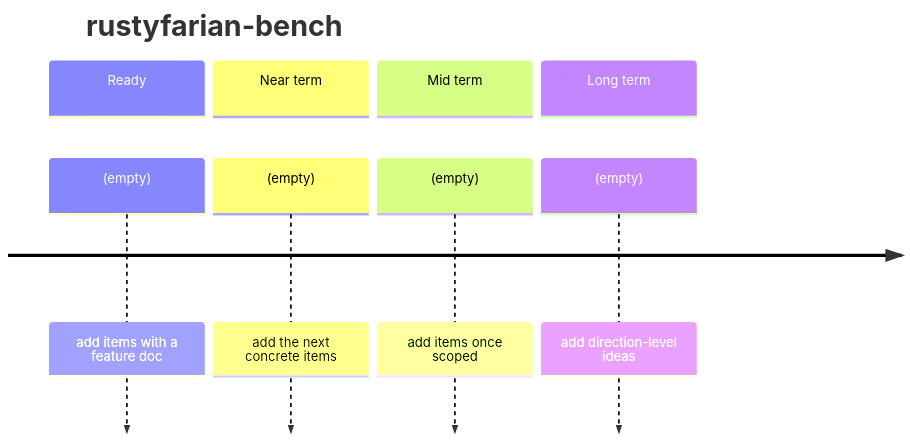
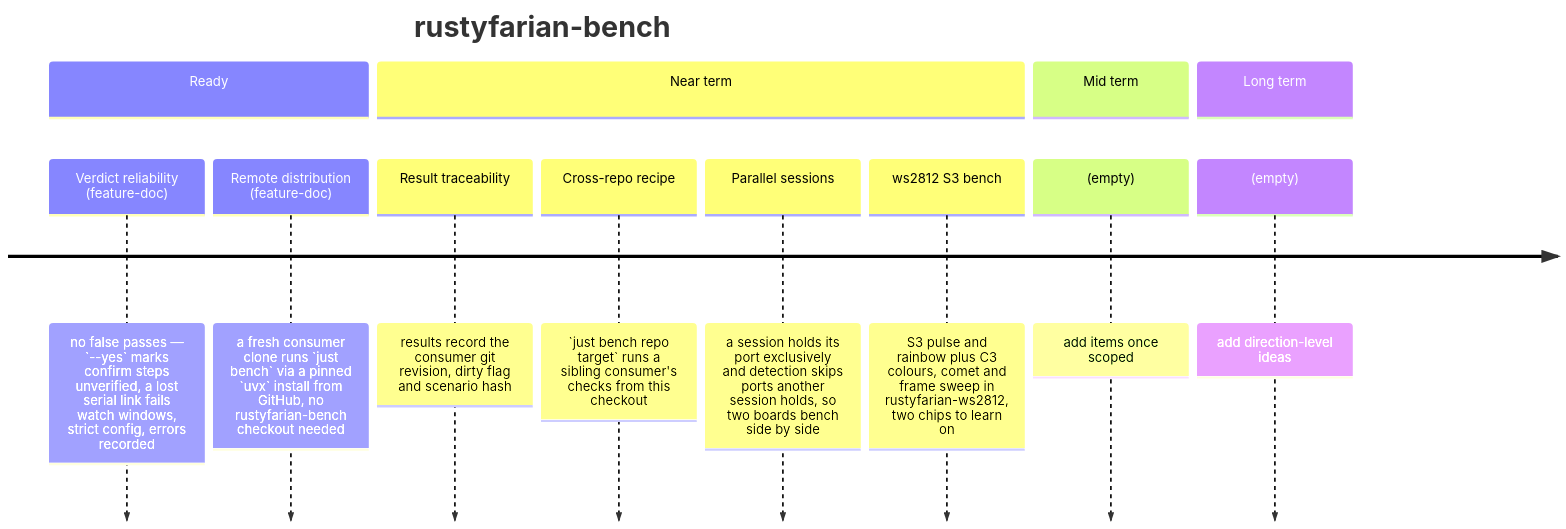
One commit to datenkollektiv/rustyfarian-bench changed the diagram in docs/ROADMAP.md. Above: the diagram before and after it, drawn with Mermaid. The commit also changed 22 other files, not shown here.

````diff
--- a/docs/ROADMAP.md
+++ b/docs/ROADMAP.md
@@ -8,12 +8,16 @@
 ```mermaid
 timeline
     title rustyfarian-bench
     section Ready
-        (empty) : add items with a feature doc
+        Verdict reliability (feature-doc) : no false passes — `--yes` marks confirm steps unverified, a lost serial link fails watch windows, strict config, errors recorded
+        Remote distribution (feature-doc) : a fresh consumer clone runs `just bench` via a pinned `uvx` install from GitHub, no rustyfarian-bench checkout needed
     section Near term
-        (empty) : add the next concrete items
+        Result traceability : results record the consumer git revision, dirty flag and scenario hash
+        Cross-repo recipe : `just bench repo target` runs a sibling consumer's checks from this checkout
+        Parallel sessions : a session holds its port exclusively and detection skips ports another session holds, so two boards bench side by side
+        ws2812 S3 bench : S3 pulse and rainbow plus C3 colours, comet and frame sweep in rustyfarian-ws2812, two chips to learn on
     section Mid term
         (empty) : add items once scoped
     section Long term
         (empty) : add direction-level ideas
 ```
````
